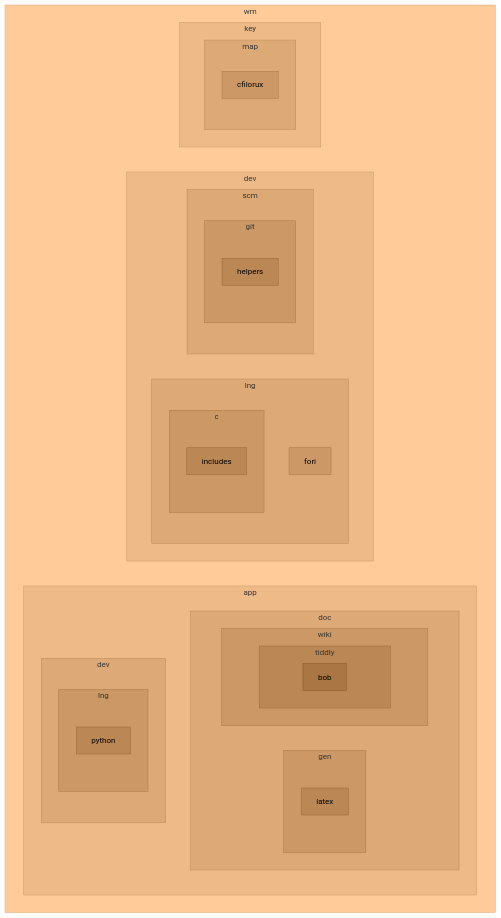
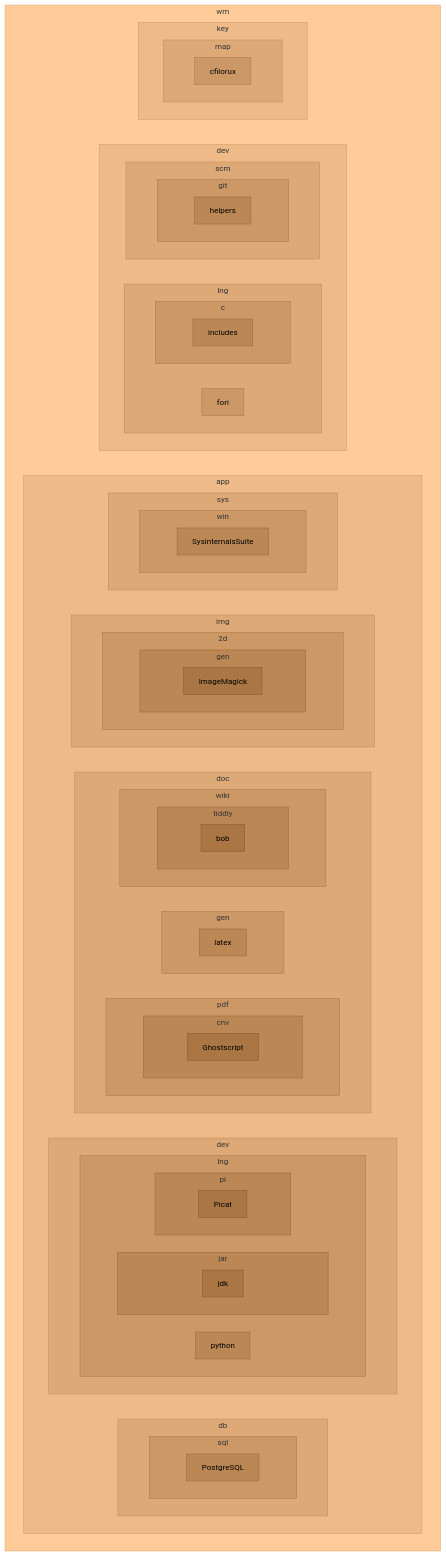
Before and after one commit to wenuam/wenuam: the diagram in README.md, drawn with Mermaid. The commit also changed other lines of this file, not shown here.

````diff
--- a/README.md
+++ b/README.md
@@ -13,34 +67,86 @@
 ```mermaid
 %%{init: {'theme': 'forest'}}%%
-flowchart TD
+flowchart LR
 	subgraph wm[wm]
+		direction LR
+		wm_app[app]
 		subgraph wm_app[app]
+			direction LR
+			subgraph wm_app_db[db]
+				direction LR
+				subgraph wm_app_db_sql[sql]
+					direction LR
+					wm_app_db_sql__PostgreSQL[PostgreSQL]
+				end
+			end
+			subgraph wm_app_dev[dev]
+				direction LR
+				subgraph wm_app_dev_lng[lng]
+					direction LR
+					subgraph wm_app_dev_lng_jar[jar]
+						direction LR
+						wm_app_dev_lng_jar__jdk[jdk]
+					end
+					subgraph wm_app_dev_lng_pi[pi]
+						direction LR
+						wm_app_dev_lng_pi__Picat[Picat]
+					end
+					wm_app_dev_lng_python[python]
+				end
+			end
 			subgraph wm_app_doc[doc]
+				direction LR
+				subgraph wm_app_doc_pdf[pdf]
+					direction LR
+					subgraph wm_app_doc_pdf_cnv[cnv]
+						direction LR
+						wm_app_doc_pdf_cnv__Ghostscript[Ghostscript]
+					end
+				end
 				subgraph wm_app_doc_gen[gen]
+					direction LR
 					wm_app_doc_gen_latex[latex]
 				end
 				subgraph wm_app_doc_wiki[wiki]
+					direction LR
 					subgraph wm_app_doc_wiki_tiddly[tiddly]
+						direction LR
 						wm_app_doc_wiki_tiddly__bob[bob]
 					end
 				end
 			end
-			subgraph wm_app_dev[dev]
-				subgraph wm_app_dev_lng[lng]
-					wm_app_dev_lng_python[python]
+			subgraph wm_app_img[img]
+				direction LR
+				subgraph wm_app_img_2d[2d]
+					direction LR
+					subgraph wm_app_img_2d_gen[gen]
+						direction LR
+						wm_app_img_2d_gen__ImageMagick[ImageMagick]
+					end
+				end
+			end
+			subgraph wm_app_sys[sys]
+				direction LR
+				subgraph wm_app_sys_win[win]
+					direction LR
+					wm_app_sys_win__SysinternalsSuite[SysinternalsSuite]
 				end
 			end
 		end
 		subgraph wm_dev[dev]
 			direction LR
 			subgraph wm_dev_lng[lng]
+				direction LR
 				subgraph wm_dev_lng_c[c]
+					direction LR
 					wm_dev_lng_c_includes[includes]
 				end
 				wm_dev_lng_fori[fori]
 			end
 			subgraph wm_dev_scm[scm]
+				direction LR
 				subgraph wm_dev_scm_git[git]
+					direction LR
 					wm_dev_scm_git_helpers[helpers]
 				end
 			end
@@ -48,6 +154,7 @@
 		subgraph wm_key[key]
 			direction LR
 			subgraph wm_key_map[map]
+				direction LR
 				wm_key_map_cfilorux[cfilorux]
 			end
 		end
@@ -56,15 +163,32 @@
 	click wm "https://github.com/wenuam" _blank
 
 	click wm_app "https://github.com/wenuam/wm_app" _blank
+	click wm_app_db "https://github.com/wenuam/wm_app_db" _blank
+		click wm_app_db_sql "https://github.com/wenuam/wm_app_db_sql" _blank
+			click wm_app_db_sql__PostgreSQL "https://github.com/wenuam/wm_app_db_sql__PostgreSQL" _blank
+	click wm_app_dev "https://github.com/wenuam/wm_app_dev" _blank
+		click wm_app_dev_lng "https://github.com/wenuam/wm_app_dev_lng" _blank
+			click wm_app_dev_lng_jar "https://github.com/wenuam/wm_app_dev_lng_jar" _blank
+				click wm_app_dev_lng_jar__jdk "https://github.com/wenuam/wm_app_dev_lng_jar__jdk" _blank
+			click wm_app_dev_lng_pi "https://github.com/wenuam/wm_app_dev_lng_pi" _blank
+				click wm_app_dev_lng_pi__Picat "https://github.com/wenuam/wm_app_dev_lng_pi__Picat" _blank
+			click wm_app_dev_lng_python "https://github.com/wenuam/wm_app_dev_lng_python" _blank
 	click wm_app_doc "https://github.com/wenuam/wm_app_doc" _blank
+		click wm_app_doc_pdf "https://github.com/wenuam/wm_app_doc_pdf" _blank
+			click wm_app_doc_pdf_cnv "https://github.com/wenuam/wm_app_doc_pdf_cnv" _blank
+				click wm_app_doc_pdf_cnv__Ghostscript "https://github.com/wenuam/wm_app_doc_pdf_cnv__Ghostscript" _blank
 		click wm_app_doc_gen "https://github.com/wenuam/wm_app_doc_gen" _blank
 			click wm_app_doc_gen_latex "https://github.com/wenuam/wm_app_doc_gen_latex" _blank
 		click wm_app_doc_wiki "https://github.com/wenuam/wm_app_doc_wiki" _blank
 			click wm_app_doc_wiki_tiddly "https://github.com/wenuam/wm_app_doc_wiki_tiddly" _blank
 				click wm_app_doc_wiki_tiddly__bob "https://github.com/wenuam/wm_app_doc_wiki_tiddly__bob" _blank
-	click wm_app_lng "https://github.com/wenuam/wm_app_dev" _blank
-		click wm_app_dev_lng "https://github.com/wenuam/wm_app_dev_lng" _blank
-			click wm_app_dev_lng_python "https://github.com/wenuam/wm_app_dev_lng_python" _blank
+	click wm_app_img "https://github.com/wenuam/wm_app_img" _blank
+		click wm_app_img_2d "https://github.com/wenuam/wm_app_img_2d" _blank
+			click wm_app_img_2d_gen "https://github.com/wenuam/wm_app_img_2d_gen" _blank
+				click wm_app_img_2d_gen__ImageMagick "https://github.com/wenuam/wm_app_img_2d_gen__ImageMagick" _blank
+	click wm_app_sys "https://github.com/wenuam/wm_app_sys" _blank
+		click wm_app_sys_win "https://github.com/wenuam/wm_app_sys_win" _blank
+			click wm_app_sys_win__SysinternalsSuite "https://github.com/wenuam/wm_app_sys_win__SysinternalsSuite" _blank
 
 	click wm_dev "https://github.com/wenuam/wm_dev" _blank
 	click wm_dev_lng "https://github.com/wenuam/wm_dev_lng" _blank
@@ -76,8 +200,8 @@
 			click wm_dev_scm_git_helpers "https://github.com/wenuam/wm_dev_scm_git_helpers" _blank
 
 	click wm_key "https://github.com/wenuam/wm_key" _blank
-		click wm_key_map "https://github.com/wenuam/wm_key_map" _blank
-			click wm_key_map_cfilorux "https://github.com/wenuam/wm_key_map_cfilorux" _blank
+	click wm_key_map "https://github.com/wenuam/wm_key_map" _blank
+		click wm_key_map_cfilorux "https://github.com/wenuam/wm_key_map_cfilorux" _blank
 
 	classDef lvl0 fill:#fc9,stroke:#da7;
 	classDef lvl1 fill:#eb8,stroke:#c96;
@@ -91,22 +215,41 @@
 
 	class wm_app lvl1
 
+	class wm_app_db lvl2
+	class wm_app_db_sql lvl3
+	class wm_app_db_sql__PostgreSQL lvl4
+
+	class wm_app_dev lvl2
+	class wm_app_dev_lng lvl3
+	class wm_app_dev_lng_jar lvl4
+	class wm_app_dev_lng_jar__jdk lvl5
+	class wm_app_dev_lng_pi lvl4
+	class wm_app_dev_lng_pi__Picat lvl5
+	class wm_app_dev_lng_python lvl4
+
 	class wm_app_doc lvl2
+	class wm_app_doc_pdf lvl3
+	class wm_app_doc_pdf_cnv lvl4
+	class wm_app_doc_pdf_cnv__Ghostscript lvl5
 	class wm_app_doc_gen lvl3
 	class wm_app_doc_gen_latex lvl4
 	class wm_app_doc_wiki lvl3
 	class wm_app_doc_wiki_tiddly lvl4
 	class wm_app_doc_wiki_tiddly__bob lvl5
 
-	class wm_app_dev lvl2
-	class wm_app_dev_lng lvl3
-	class wm_app_dev_lng_python lvl4
+	class wm_app_img lvl2
+	class wm_app_img_2d lvl3
+	class wm_app_img_2d_gen lvl4
+	class wm_app_img_2d_gen__ImageMagick lvl5
+
+	class wm_app_sys lvl2
+	class wm_app_sys_win lvl3
+	class wm_app_sys_win__SysinternalsSuite lvl4
 
 	class wm_dev lvl1
 	class wm_dev_lng lvl2
 	class wm_dev_lng_c lvl3
 	class wm_dev_lng_c_includes lvl4
-
 	class wm_dev_lng_fori lvl3
 
 	class wm_dev_scm lvl2
````
